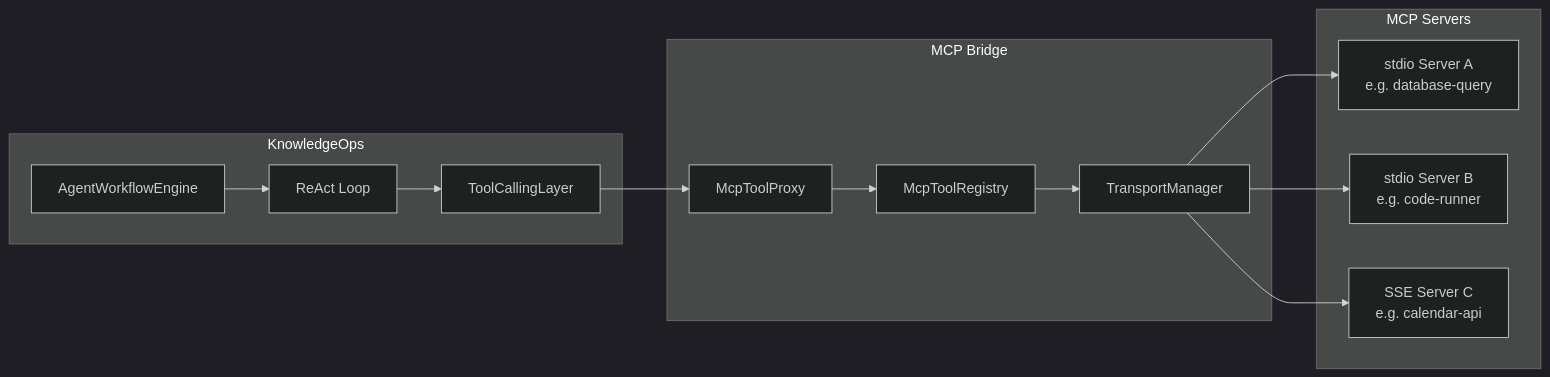
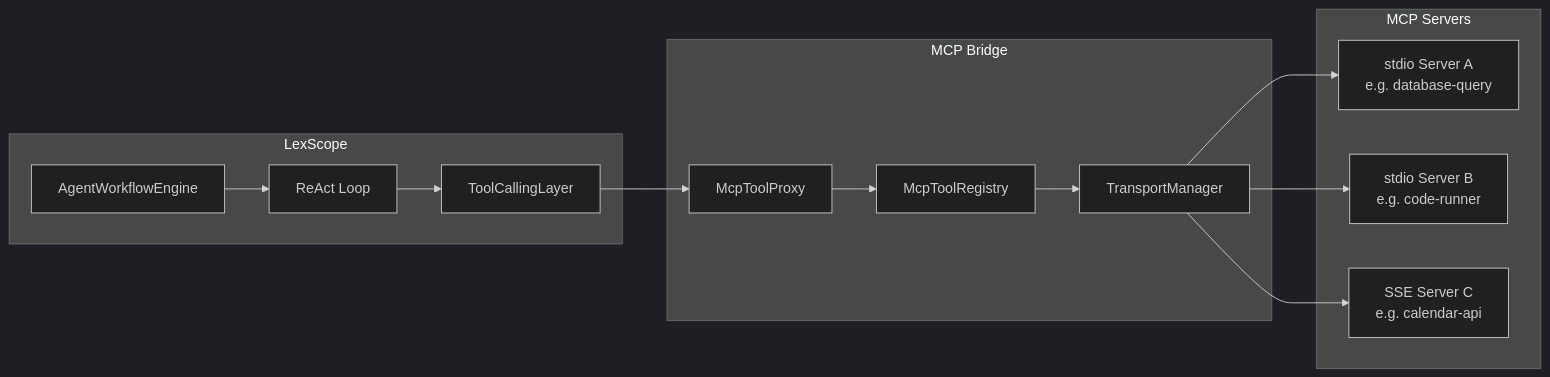
The first of 2 diagrams in docs/architecture-mcp-bridge.md (ZephyrWn/lexscope-agent), drawn with Mermaid (dark theme) before and after one commit. The commit also changed 47 other files, not shown here.

````diff
--- a/docs/architecture-mcp-bridge.md
+++ b/docs/architecture-mcp-bridge.md
@@ -17,28 +17,28 @@
 ```mermaid
 flowchart LR
-    subgraph KnowledgeOps
+    subgraph LexScope
         AWE[AgentWorkflowEngine]
         TL[ToolCallingLayer]
         RL[ReAct Loop]
     end
 
     subgraph MCP Bridge
         REG[McpToolRegistry]
         PROXY[McpToolProxy]
         TRANSPORT[TransportManager]
     end
 
     subgraph MCP Servers
         S1[stdio Server A<br/>e.g. database-query]
         S2[stdio Server B<br/>e.g. code-runner]
         S3[SSE Server C<br/>e.g. calendar-api]
     end
 
     AWE --> RL --> TL
     TL --> PROXY
     PROXY --> REG
     REG --> TRANSPORT
     TRANSPORT --> S1
     TRANSPORT --> S2
     TRANSPORT --> S3
 ```
````
